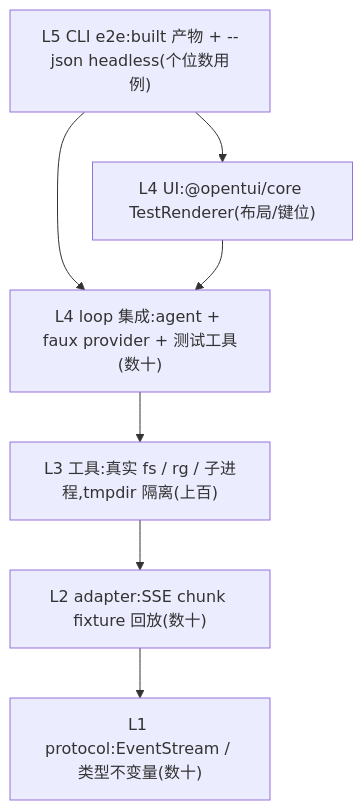
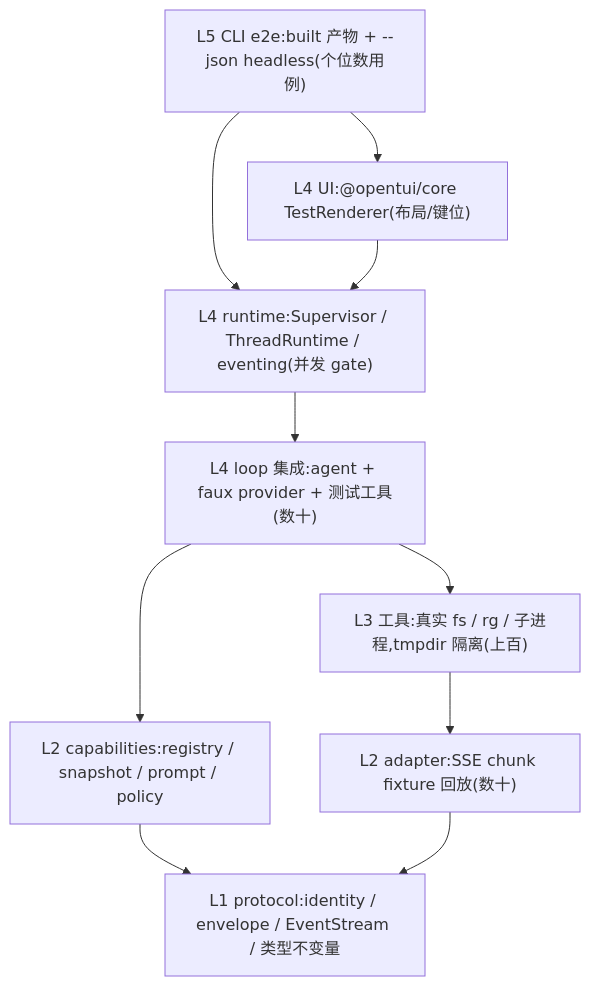
The diagram in docs/10-testing.md (rita152/coda), drawn with Mermaid before and after one commit. The commit also changed other lines of this file and 14 other files, not shown here.

First line of the commit message:
Freeze supervisor runtime design baseline

````diff
--- a/docs/10-testing.md
+++ b/docs/10-testing.md
@@ -17,12 +393,16 @@
 ```mermaid
 flowchart TB
   E2E["L5 CLI e2e:built 产物 + --json headless(个位数用例)"]
   TUI["L4 UI:@opentui/core TestRenderer(布局/键位)"]
+  RUNTIME["L4 runtime:Supervisor / ThreadRuntime / eventing(并发 gate)"]
   LOOP["L4 loop 集成:agent + faux provider + 测试工具(数十)"]
   TOOLS["L3 工具:真实 fs / rg / 子进程,tmpdir 隔离(上百)"]
+  CAPS["L2 capabilities:registry / snapshot / prompt / policy"]
   ADPT["L2 adapter:SSE chunk fixture 回放(数十)"]
-  PROTO["L1 protocol:EventStream / 类型不变量(数十)"]
+  PROTO["L1 protocol:identity / envelope / EventStream / 类型不变量"]
   E2E --> TUI
-  E2E --> LOOP
-  TUI --> LOOP --> TOOLS --> ADPT --> PROTO
+  E2E --> RUNTIME
+  TUI --> RUNTIME --> LOOP --> TOOLS
+  LOOP --> CAPS --> PROTO
+  TOOLS --> ADPT --> PROTO
 ```
````
